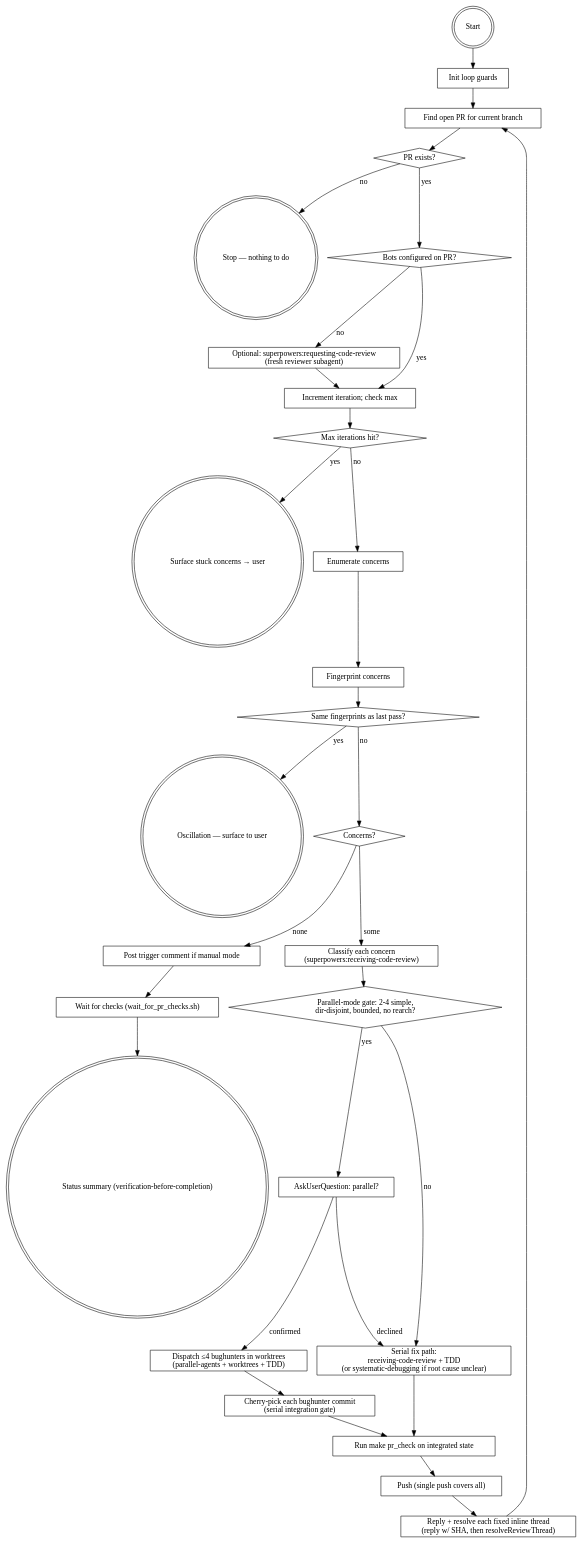
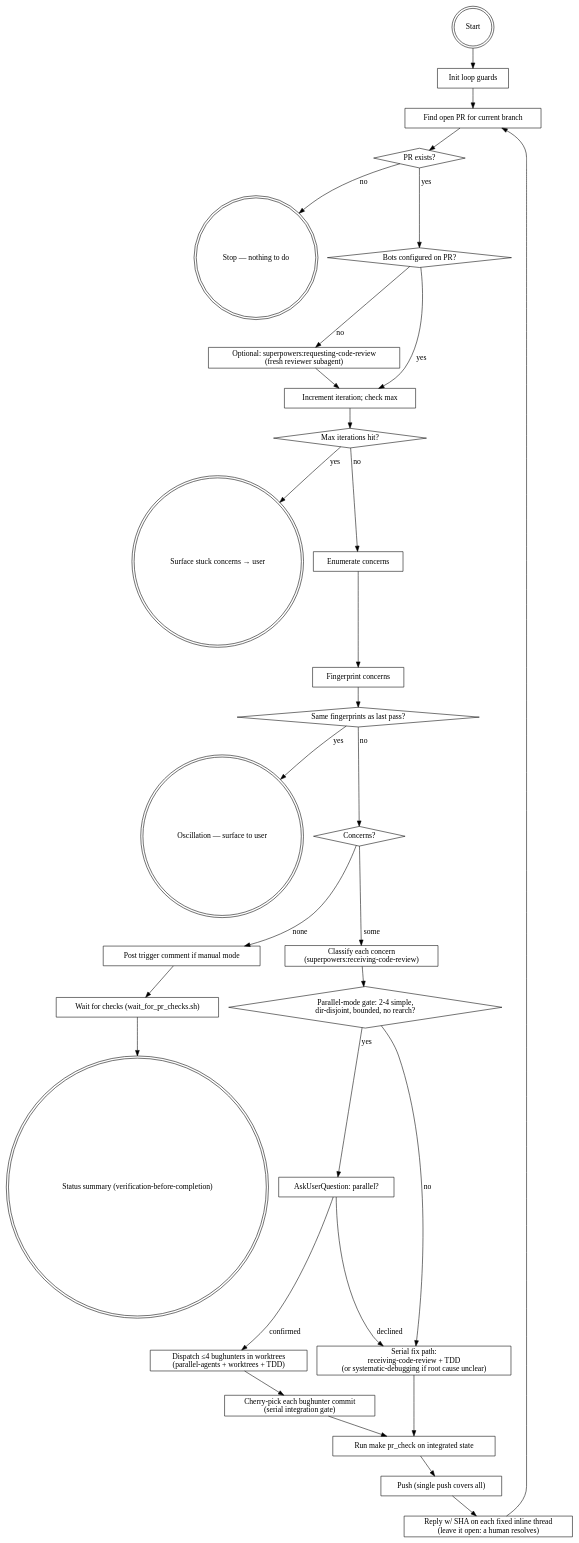
The diagram in .agents/skills/resolve-pr-concerns/SKILL.md (emigre459/agentic-ai-dev-template), drawn with Graphviz before and after one commit. The commit also changed other lines of this file and 2 other files, not shown here.

First line of the commit message:
Never let resolve-pr-concerns resolve a review thread itself

````diff
--- a/.agents/skills/resolve-pr-concerns/SKILL.md
+++ b/.agents/skills/resolve-pr-concerns/SKILL.md
@@ -73,59 +73,59 @@
 ```dot
 digraph resolve_pr_concerns {
     rankdir=TB;
     "Start" [shape=doublecircle];
     "Init loop guards" [shape=box];
     "Find open PR for current branch" [shape=box];
     "PR exists?" [shape=diamond];
     "Stop — nothing to do" [shape=doublecircle];
     "Bots configured on PR?" [shape=diamond];
     "Optional: superpowers:requesting-code-review\n(fresh reviewer subagent)" [shape=box];
     "Increment iteration; check max" [shape=box];
     "Max iterations hit?" [shape=diamond];
     "Surface stuck concerns → user" [shape=doublecircle];
     "Enumerate concerns" [shape=box];
     "Fingerprint concerns" [shape=box];
     "Same fingerprints as last pass?" [shape=diamond];
     "Oscillation — surface to user" [shape=doublecircle];
     "Concerns?" [shape=diamond];
     "Post trigger comment if manual mode" [shape=box];
     "Wait for checks (wait_for_pr_checks.sh)" [shape=box];
     "Status summary (verification-before-completion)" [shape=doublecircle];
     "Classify each concern\n(superpowers:receiving-code-review)" [shape=box];
     "Parallel-mode gate: 2-4 simple,\ndir-disjoint, bounded, no rearch?" [shape=diamond];
     "AskUserQuestion: parallel?" [shape=box];
     "Dispatch ≤4 bughunters in worktrees\n(parallel-agents + worktrees + TDD)" [shape=box];
     "Cherry-pick each bughunter commit\n(serial integration gate)" [shape=box];
     "Serial fix path:\nreceiving-code-review + TDD\n(or systematic-debugging if root cause unclear)" [shape=box];
     "Run make pr_check on integrated state" [shape=box];
     "Push (single push covers all)" [shape=box];
-    "Reply + resolve each fixed inline thread\n(reply w/ SHA, then resolveReviewThread)" [shape=box];
+    "Reply w/ SHA on each fixed inline thread\n(leave it open: a human resolves)" [shape=box];
 
     "Start" -> "Init loop guards" -> "Find open PR for current branch" -> "PR exists?";
     "PR exists?" -> "Stop — nothing to do" [label="no"];
     "PR exists?" -> "Bots configured on PR?" [label="yes"];
     "Bots configured on PR?" -> "Optional: superpowers:requesting-code-review\n(fresh reviewer subagent)" [label="no"];
     "Bots configured on PR?" -> "Increment iteration; check max" [label="yes"];
     "Optional: superpowers:requesting-code-review\n(fresh reviewer subagent)" -> "Increment iteration; check max";
     "Increment iteration; check max" -> "Max iterations hit?";
     "Max iterations hit?" -> "Surface stuck concerns → user" [label="yes"];
     "Max iterations hit?" -> "Enumerate concerns" [label="no"];
     "Enumerate concerns" -> "Fingerprint concerns" -> "Same fingerprints as last pass?";
     "Same fingerprints as last pass?" -> "Oscillation — surface to user" [label="yes"];
     "Same fingerprints as last pass?" -> "Concerns?" [label="no"];
     "Concerns?" -> "Post trigger comment if manual mode" [label="none"];
     "Post trigger comment if manual mode" -> "Wait for checks (wait_for_pr_checks.sh)" -> "Status summary (verification-before-completion)";
     "Concerns?" -> "Classify each concern\n(superpowers:receiving-code-review)" [label="some"];
     "Classify each concern\n(superpowers:receiving-code-review)" -> "Parallel-mode gate: 2-4 simple,\ndir-disjoint, bounded, no rearch?";
     "Parallel-mode gate: 2-4 simple,\ndir-disjoint, bounded, no rearch?" -> "AskUserQuestion: parallel?" [label="yes"];
     "Parallel-mode gate: 2-4 simple,\ndir-disjoint, bounded, no rearch?" -> "Serial fix path:\nreceiving-code-review + TDD\n(or systematic-debugging if root cause unclear)" [label="no"];
     "AskUserQuestion: parallel?" -> "Dispatch ≤4 bughunters in worktrees\n(parallel-agents + worktrees + TDD)" [label="confirmed"];
     "AskUserQuestion: parallel?" -> "Serial fix path:\nreceiving-code-review + TDD\n(or systematic-debugging if root cause unclear)" [label="declined"];
     "Dispatch ≤4 bughunters in worktrees\n(parallel-agents + worktrees + TDD)" -> "Cherry-pick each bughunter commit\n(serial integration gate)";
     "Cherry-pick each bughunter commit\n(serial integration gate)" -> "Run make pr_check on integrated state";
     "Serial fix path:\nreceiving-code-review + TDD\n(or systematic-debugging if root cause unclear)" -> "Run make pr_check on integrated state";
     "Run make pr_check on integrated state" -> "Push (single push covers all)";
-    "Push (single push covers all)" -> "Reply + resolve each fixed inline thread\n(reply w/ SHA, then resolveReviewThread)";
-    "Reply + resolve each fixed inline thread\n(reply w/ SHA, then resolveReviewThread)" -> "Find open PR for current branch";
+    "Push (single push covers all)" -> "Reply w/ SHA on each fixed inline thread\n(leave it open: a human resolves)";
+    "Reply w/ SHA on each fixed inline thread\n(leave it open: a human resolves)" -> "Find open PR for current branch";
 }
 ```
````
